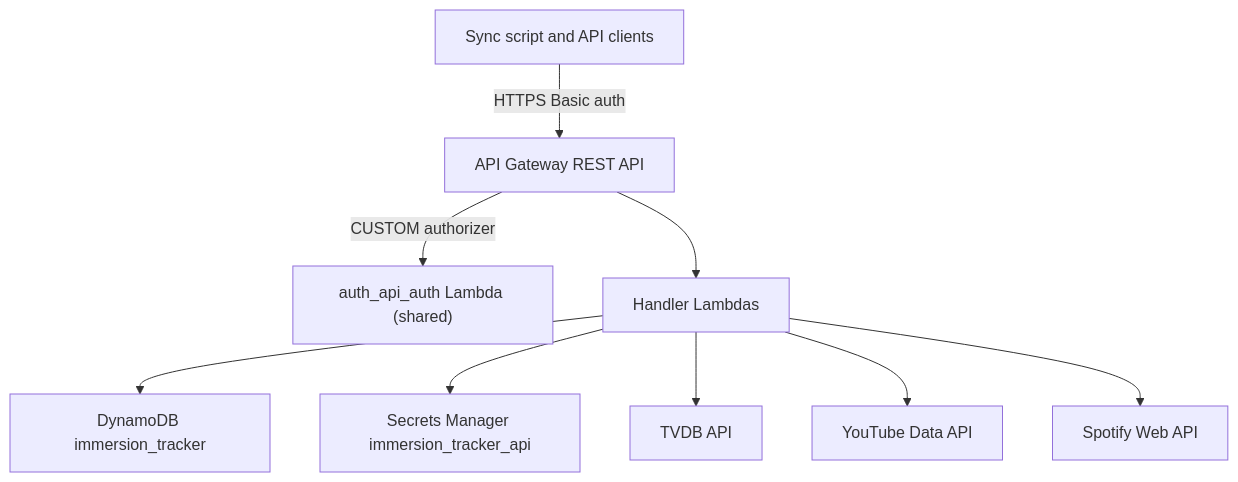
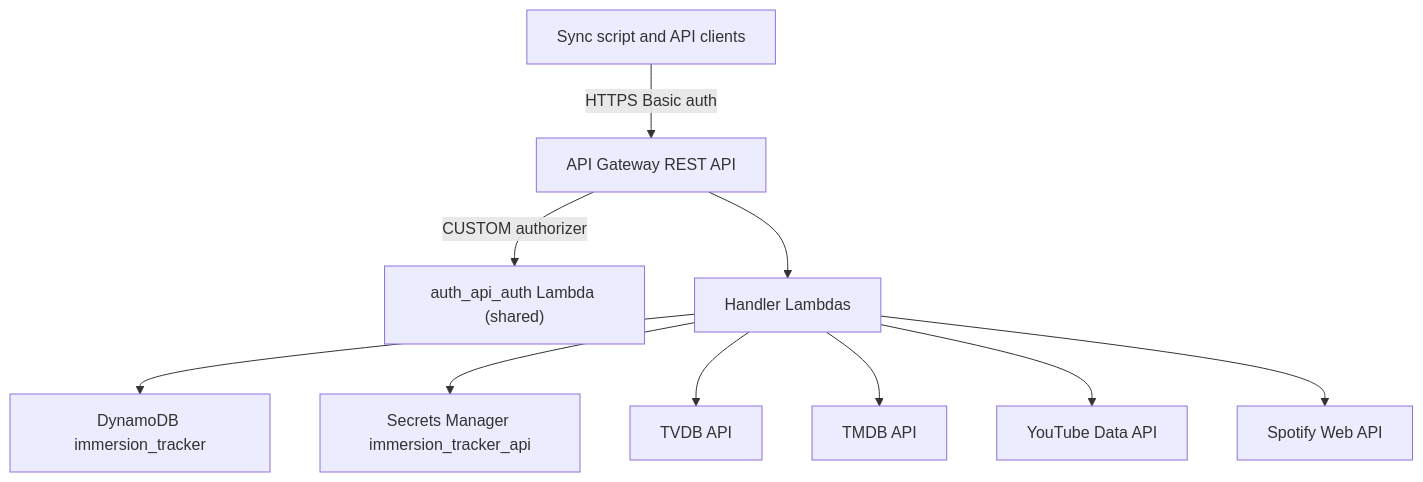
The first of 2 diagrams in immersion_tracker_api/README.md (jordansimsmith/jordansimsmith-com), drawn with Mermaid before and after one commit. The commit also changed other lines of this file and 26 other files, not shown here.

````diff
--- a/immersion_tracker_api/README.md
+++ b/immersion_tracker_api/README.md
@@ -39,11 +39,12 @@
 ```mermaid
 flowchart TD
   syncClient[Sync script and API clients] -->|"HTTPS Basic auth"| apiGateway[API Gateway REST API]
   apiGateway -->|"CUSTOM authorizer"| authLambda["auth_api_auth Lambda (shared)"]
   apiGateway --> handlers[Handler Lambdas]
   handlers --> ddb[DynamoDB immersion_tracker]
   handlers --> secrets[Secrets Manager immersion_tracker_api]
   handlers --> tvdb[TVDB API]
+  handlers --> tmdb[TMDB API]
   handlers --> youtube[YouTube Data API]
   handlers --> spotify[Spotify Web API]
 ```
````
